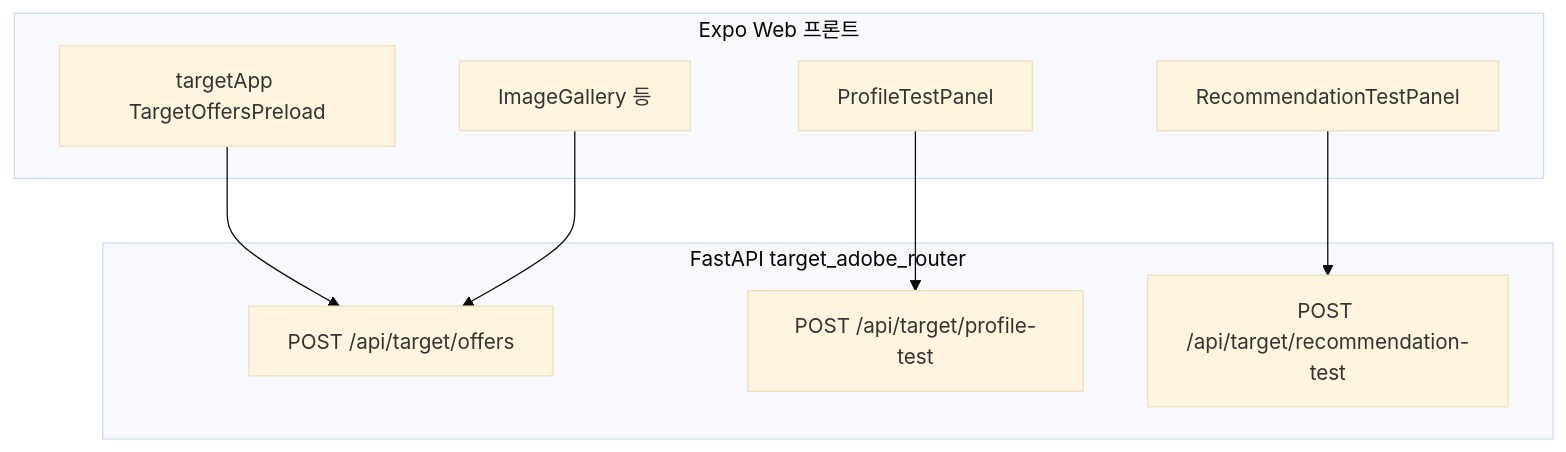
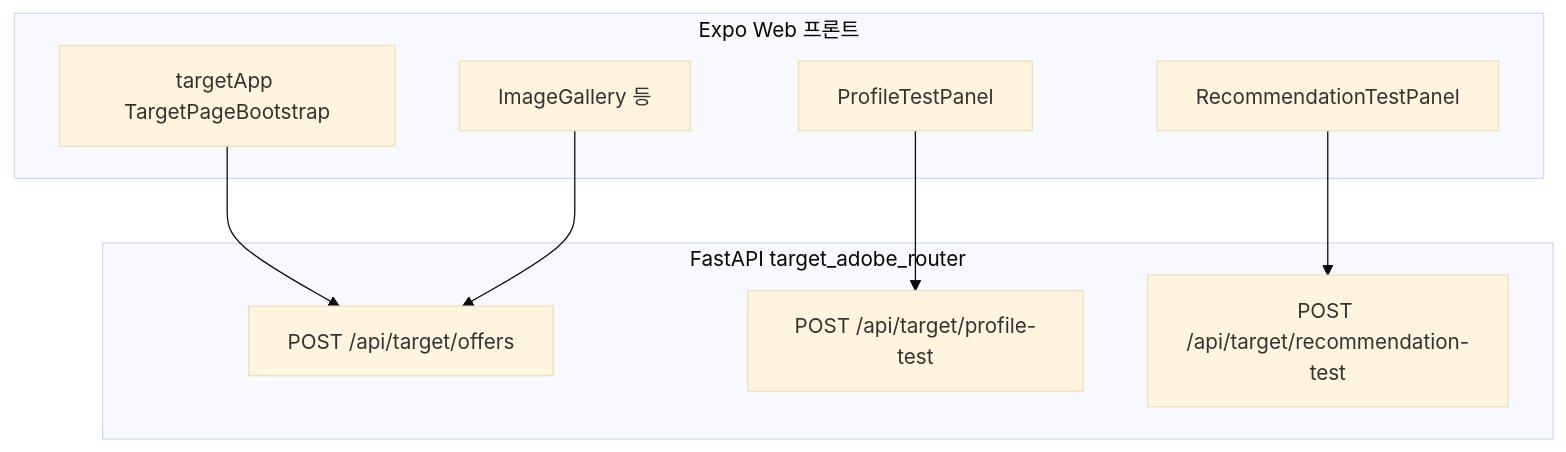
The diagram in docs/main/04_AT_TEST_PAGE_ADOBE_TARGET_INTEGRATION.md (WhatDoThis/AT_TEST_PAGE), drawn with Mermaid (base theme) before and after one commit. The commit also changed other lines of this file and 17 other files, not shown here.

Commit message:
feat: Target bootstrap mbox, location dedupe offers, and web digitalData sync

````diff
--- a/docs/main/04_AT_TEST_PAGE_ADOBE_TARGET_INTEGRATION.md
+++ b/docs/main/04_AT_TEST_PAGE_ADOBE_TARGET_INTEGRATION.md
@@ -68,18 +68,18 @@
 ```mermaid
 flowchart TB
   subgraph fe [Expo Web 프론트]
-    TA[targetApp TargetOffersPreload]
+    TA[targetApp TargetPageBootstrap]
     IG[ImageGallery 등]
     PP[ProfileTestPanel]
     RP[RecommendationTestPanel]
   end
   subgraph be [FastAPI target_adobe_router]
     O["POST /api/target/offers"]
     P["POST /api/target/profile-test"]
     R["POST /api/target/recommendation-test"]
   end
   TA --> O
   IG --> O
   PP --> P
   RP --> R
 ```
````
